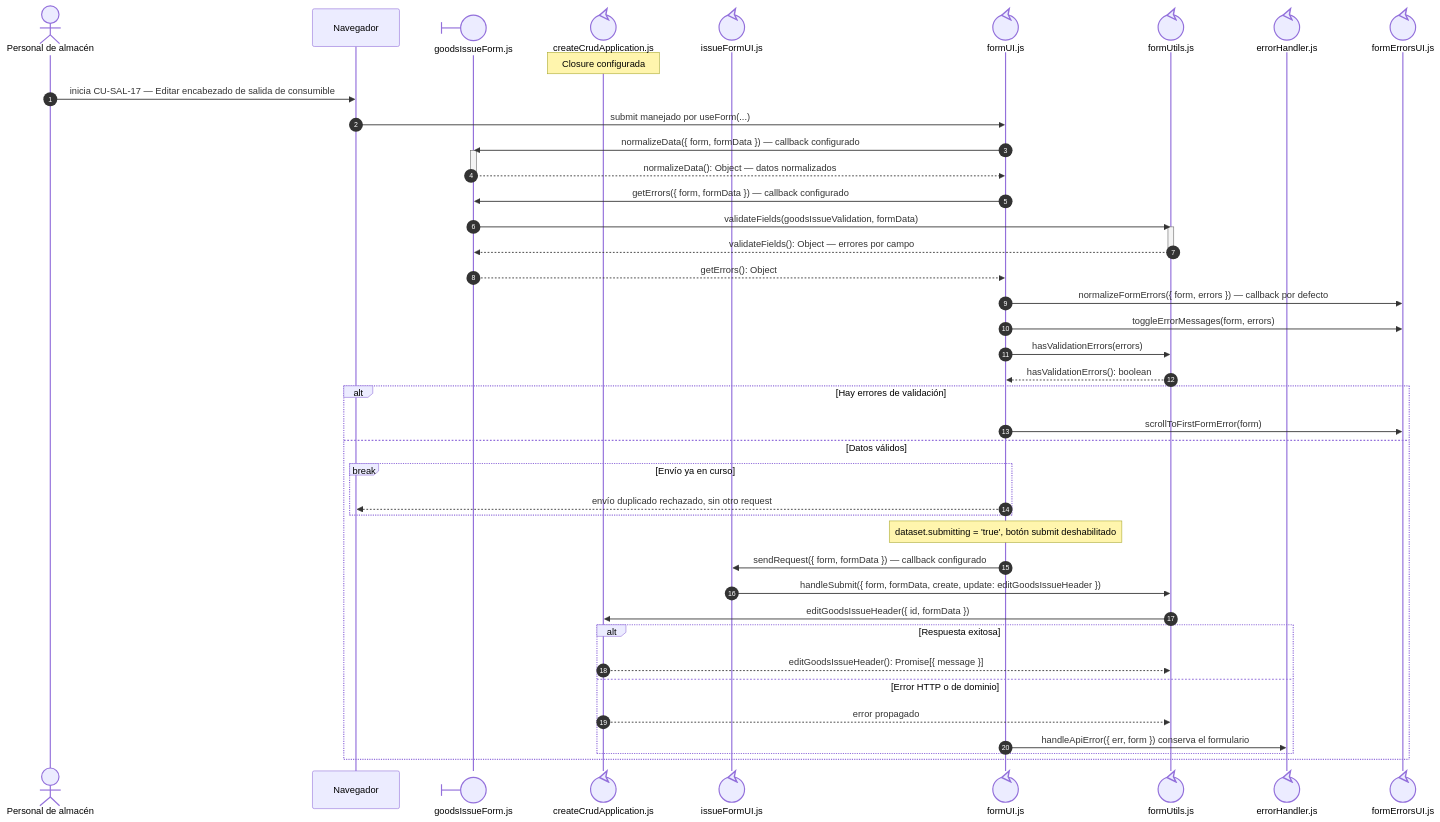
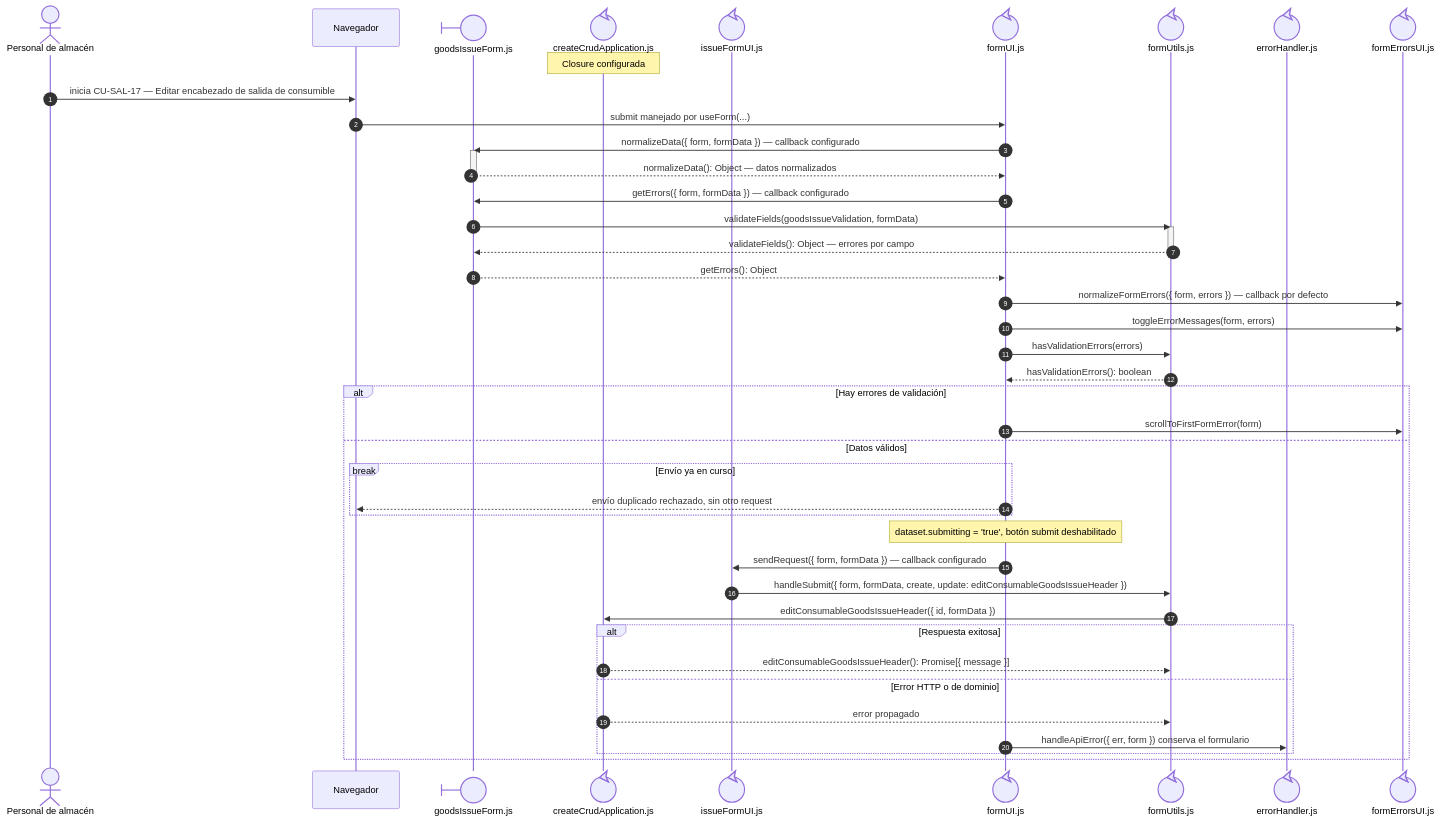
The second of 3 diagrams in docs/architecture/views/processes/frontend-code-sequences/issues/cu-sal-17.md (gpgsistemas01/nexus), drawn with Mermaid before and after one commit. The commit also changed other lines of this file and 142 other files, not shown here.

````diff
--- a/docs/architecture/views/processes/frontend-code-sequences/issues/cu-sal-17.md
+++ b/docs/architecture/views/processes/frontend-code-sequences/issues/cu-sal-17.md
@@ -136,49 +137,49 @@
 ```mermaid
 sequenceDiagram
     autonumber
     actor Initiator as Personal de almacén
     participant Browser as Navegador
     participant View@{ "type": "boundary" } as goodsIssueForm.js
     participant Application@{ "type": "control" } as createCrudApplication.js
     participant IssueUI@{ "type": "control" } as issueFormUI.js
     participant Form@{ "type": "control" } as formUI.js
     participant FormUtils@{ "type": "control" } as formUtils.js
 
     participant FileErrorHandler@{ "type": "control" } as errorHandler.js
     participant FileFormErrorsUI@{ "type": "control" } as formErrorsUI.js
 
     Note over Application: Closure configurada
     Initiator->>Browser: inicia CU-SAL-17 — Editar encabezado de salida de consumible
     Browser->>Form: submit manejado por useForm(...)
     Form->>View: normalizeData({ form, formData }) — callback configurado
     activate View
     View-->>Form: normalizeData(): Object — datos normalizados
     deactivate View
     Form->>View: getErrors({ form, formData }) — callback configurado
     View->>FormUtils: validateFields(goodsIssueValidation, formData)
     activate FormUtils
     FormUtils-->>View: validateFields(): Object — errores por campo
     deactivate FormUtils
     View-->>Form: getErrors(): Object
     Form->>FileFormErrorsUI: normalizeFormErrors({ form, errors }) — callback por defecto
     Form->>FileFormErrorsUI: toggleErrorMessages(form, errors)
     Form->>FormUtils: hasValidationErrors(errors)
     FormUtils-->>Form: hasValidationErrors(): boolean
     alt Hay errores de validación
         Form->>FileFormErrorsUI: scrollToFirstFormError(form)
     else Datos válidos
         break Envío ya en curso
             Form-->>Browser: envío duplicado rechazado, sin otro request
     end
         Note over Form: dataset.submitting = 'true', botón submit deshabilitado
         Form->>IssueUI: sendRequest({ form, formData }) — callback configurado
-        IssueUI->>FormUtils: handleSubmit({ form, formData, create, update: editGoodsIssueHeader })
-        FormUtils->>Application: editGoodsIssueHeader({ id, formData })
+        IssueUI->>FormUtils: handleSubmit({ form, formData, create, update: editConsumableGoodsIssueHeader })
+        FormUtils->>Application: editConsumableGoodsIssueHeader({ id, formData })
         alt Respuesta exitosa
-            Application-->>FormUtils: editGoodsIssueHeader(): Promise[{ message }]
+            Application-->>FormUtils: editConsumableGoodsIssueHeader(): Promise[{ message }]
         else Error HTTP o de dominio
             Application-->>FormUtils: error propagado
             Form->>FileErrorHandler: handleApiError({ err, form }) conserva el formulario
     end
     end
 ```
````
